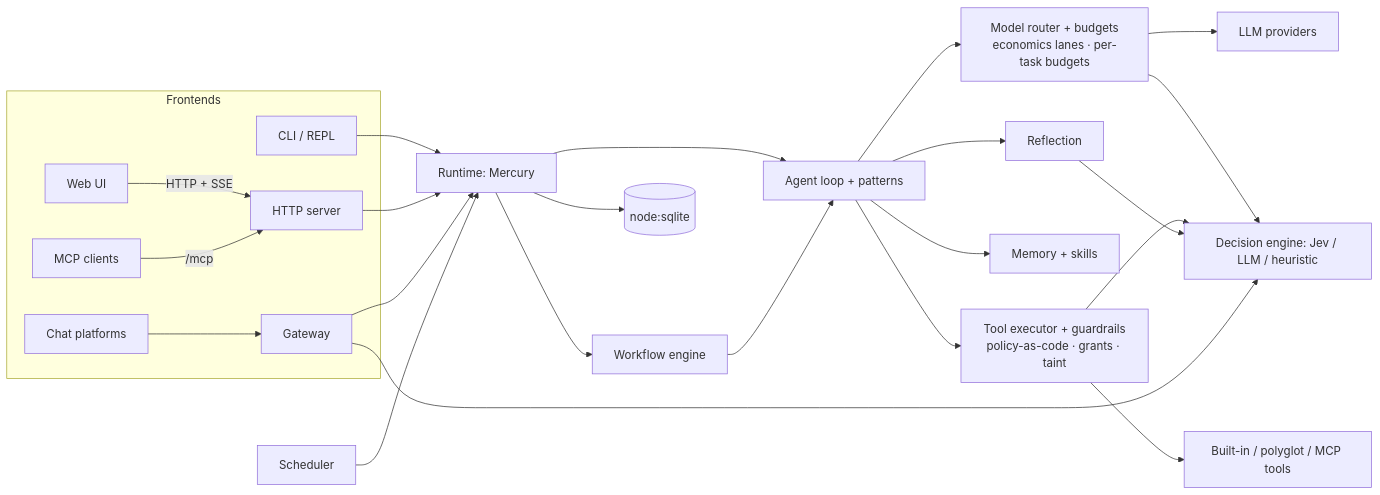
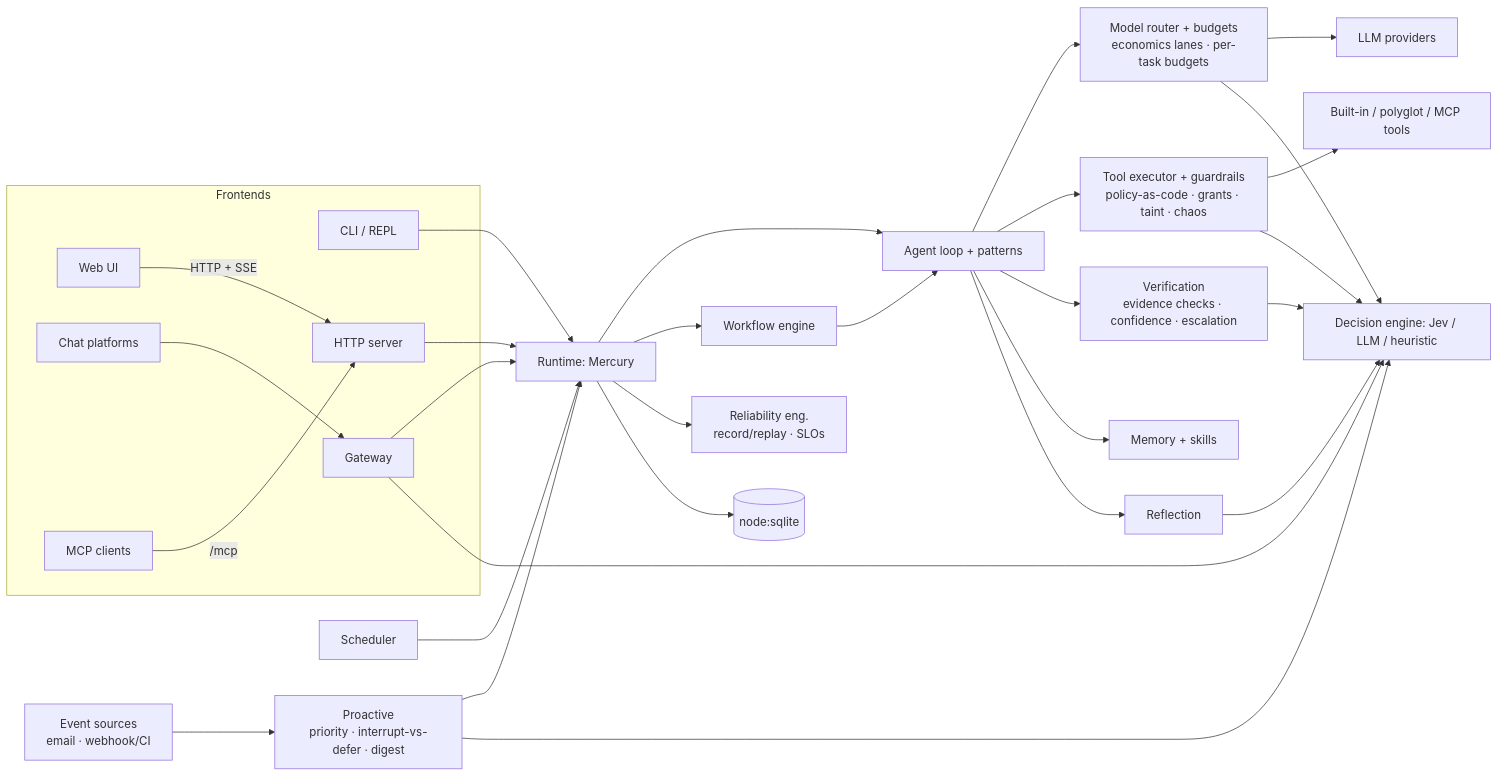
Before and after one commit to ms1963/mercury_agent: the diagram in README.md, drawn with Mermaid. The commit also changed other lines of this file and 6 other files, not shown here.

Commit message:
docs: document all five feature areas (economics, governance, verification, reliability, proactive)

````diff
--- a/README.md
+++ b/README.md
@@ -125,21 +128,25 @@
 ```mermaid
 flowchart LR
   subgraph Frontends
     CLI[CLI / REPL]
     WEB[Web UI] -->|HTTP + SSE| SRV[HTTP server]
     CHAT[Chat platforms] --> GW[Gateway]
     MCPC[MCP clients] -->|/mcp| SRV
   end
   CLI --> RT
   SRV --> RT[Runtime: Mercury]
   GW --> RT
   SCH[Scheduler] --> RT
+  EVT[Event sources<br/>email · webhook/CI] --> PRO[Proactive<br/>priority · interrupt-vs-defer · digest]
+  PRO --> RT
   RT --> AG[Agent loop + patterns]
   RT --> WF[Workflow engine] --> AG
   AG --> RTR[Model router + budgets<br/>economics lanes · per-task budgets] --> LLM[LLM providers]
-  AG --> TX[Tool executor + guardrails<br/>policy-as-code · grants · taint] --> TOOLS[Built-in / polyglot / MCP tools]
+  AG --> TX[Tool executor + guardrails<br/>policy-as-code · grants · taint · chaos] --> TOOLS[Built-in / polyglot / MCP tools]
+  AG --> VER[Verification<br/>evidence checks · confidence · escalation]
   AG --> MEM[Memory + skills]
   AG --> REF[Reflection]
-  RTR & TX & REF & GW --> DEC[Decision engine: Jev / LLM / heuristic]
+  RT --> REL[Reliability eng.<br/>record/replay · SLOs]
+  RTR & TX & REF & GW & VER & PRO --> DEC[Decision engine: Jev / LLM / heuristic]
   RT --> DB[(node:sqlite)]
 ```
````
